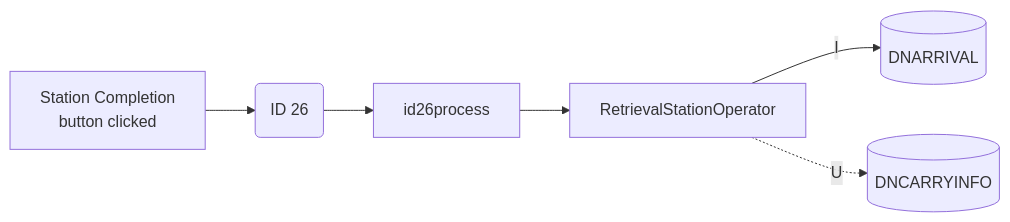
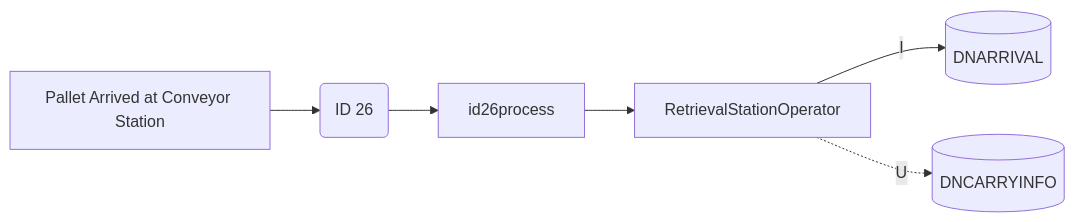
One commit to luthfiadityaa/SimeDarby-Wiki changed diagram 12 of 17 in Basic-Design/DFD-WMS/Retrieval/Specific-Location-Retrieval-Setting.md. Above: the diagram before and after it, drawn with Mermaid.

Commit message:
Updated Specific Location Retrieval Setting

```diff
--- a/Basic-Design/DFD-WMS/Retrieval/Specific-Location-Retrieval-Setting.md
+++ b/Basic-Design/DFD-WMS/Retrieval/Specific-Location-Retrieval-Setting.md
@@ -419,30 +419,29 @@
 ::: mermaid
 flowchart LR
 
 buttonclicked["
-Station Completion 
-button clicked
+Pallet Arrived at Conveyor Station
 "]
 
 id26msg("
 ID 26
 ")
 
 id26-insert[("
 DNARRIVAL
 ")]
 
 id26-update[("
 DNCARRYINFO
 ")]
 
 id26process[id26process]
 retrievaloperator[RetrievalStationOperator]
 
 
 buttonclicked --> id26msg
 id26msg -->id26process
 id26process-->retrievaloperator
 retrievaloperator--I-->id26-insert
 retrievaloperator-.U.->id26-update
 :::
```
